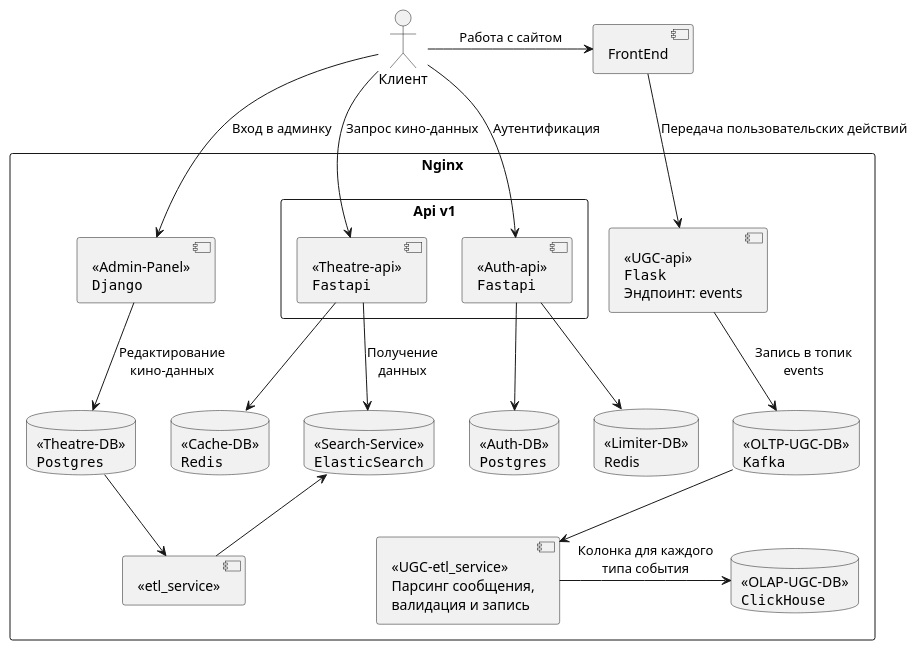
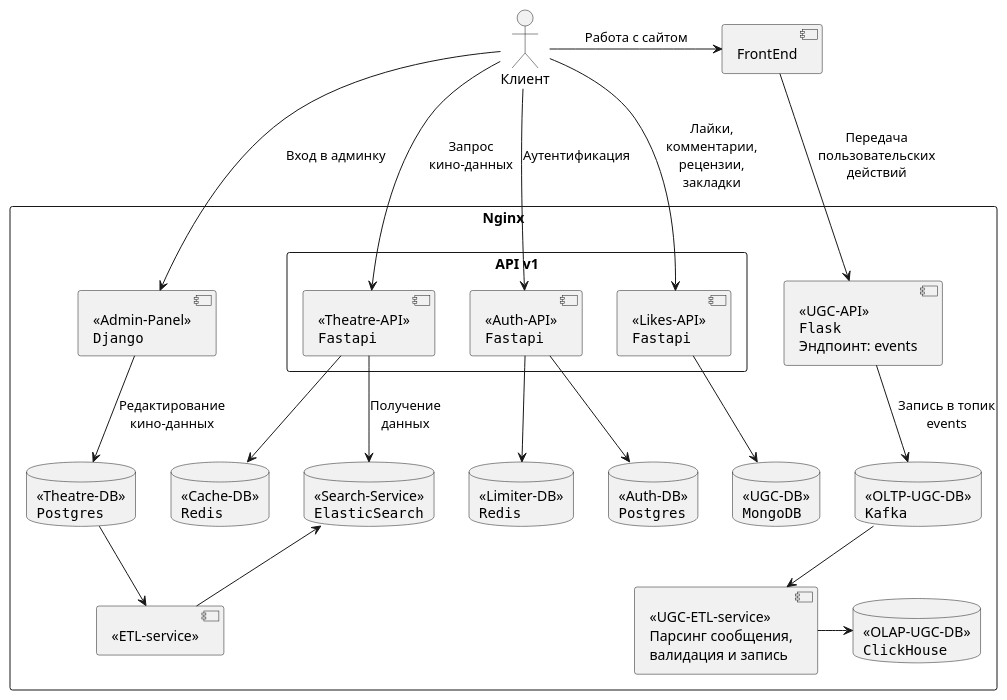
Before and after one commit to Garic-Che/ugc_team_3_sprint_2: the diagram in docs/to_be/main.wsd, drawn with PlantUML. The commit also changed 3 other files, not shown here.

Commit message:
Схема взаимодействия сервисов

```diff
--- a/docs/to_be/main.wsd
+++ b/docs/to_be/main.wsd
@@ -1,38 +1,42 @@
 @startuml Текущая архитектура
 skinparam componentStyle uml2
 actor Клиент as Client
 component "FrontEnd" as FrontEnd
 rectangle "Nginx" {
     component "<<Admin-Panel>>\n""Django""" as AdminPanel
-    component "<<etl_service>>" as ETLService
-    rectangle "Api v1" as ApiV1 {
-        component "<<Theatre-api>>\n""Fastapi""" as TheatreApi
-        component "<<Auth-api>>\n""Fastapi""" as AuthApi
+    component "<<ETL-service>>" as ETLService
+    rectangle "API v1" as ApiV1 {
+        component "<<Theatre-API>>\n""Fastapi""" as TheatreApi
+        component "<<Auth-API>>\n""Fastapi""" as AuthApi
+        component "<<Likes-API>>\n""Fastapi""" as LikesApi
     }
     database "<<Search-Service>>\n""ElasticSearch""" as SearchService
     database "<<Cache-DB>>\n""Redis""" as CacheDB
     database "<<Theatre-DB>>\n""Postgres""" as TheatreDB
     database "<<Auth-DB>>\n""Postgres""" as AuthDB
-    database "<<Limiter-DB>>\nRedis" as LimiterDB
-    component "<<UGC-api>>\n""Flask""\nЭндпоинт: events" as UGCApi
+    database "<<Limiter-DB>>\n""Redis""" as LimiterDB
+    component "<<UGC-API>>\n""Flask""\nЭндпоинт: events" as UGCApi
     database "<<OLTP-UGC-DB>>\n""Kafka""" as OLTP_UGC_DB
     database "<<OLAP-UGC-DB>>\n""ClickHouse""" as OLAP_UGC_DB
-    component "<<UGC-etl_service>>\nПарсинг сообщения,\nвалидация и запись" as UGC_ETL
+    database "<<UGC-DB>>\n""MongoDB""" as UGC_DB
+    component "<<UGC-ETL-service>>\nПарсинг сообщения,\nвалидация и запись" as UGC_ETL
 }
 
 Client -down-> AdminPanel: Вход в админку
-Client -down-> TheatreApi: Запрос кино-данных
+Client -down-> TheatreApi: Запрос\nкино-данных
 Client -down-> AuthApi: Аутентификация
+Client -down-> LikesApi: Лайки,\nкомментарии,\nрецензии,\nзакладки
 Client -> FrontEnd: Работа с сайтом
-FrontEnd -down-> UGCApi: Передача пользовательских действий
+FrontEnd -down-> UGCApi: Передача\nпользовательских\nдействий
 TheatreApi -down-> SearchService: Получение\nданных
 TheatreApi -down-> CacheDB
 AdminPanel -down-> TheatreDB: Редактирование\nкино-данных
 AuthApi -down-> AuthDB
 AuthApi -down-> LimiterDB
 TheatreDB -down-> ETLService
 ETLService -up-> SearchService
 UGCApi -down-> OLTP_UGC_DB: Запись в топик\nevents
+LikesApi -down-> UGC_DB
 OLTP_UGC_DB -down-> UGC_ETL
-UGC_ETL -right-> OLAP_UGC_DB: Колонка для каждого\nтипа события
+UGC_ETL -right-> OLAP_UGC_DB
 @enduml
```
